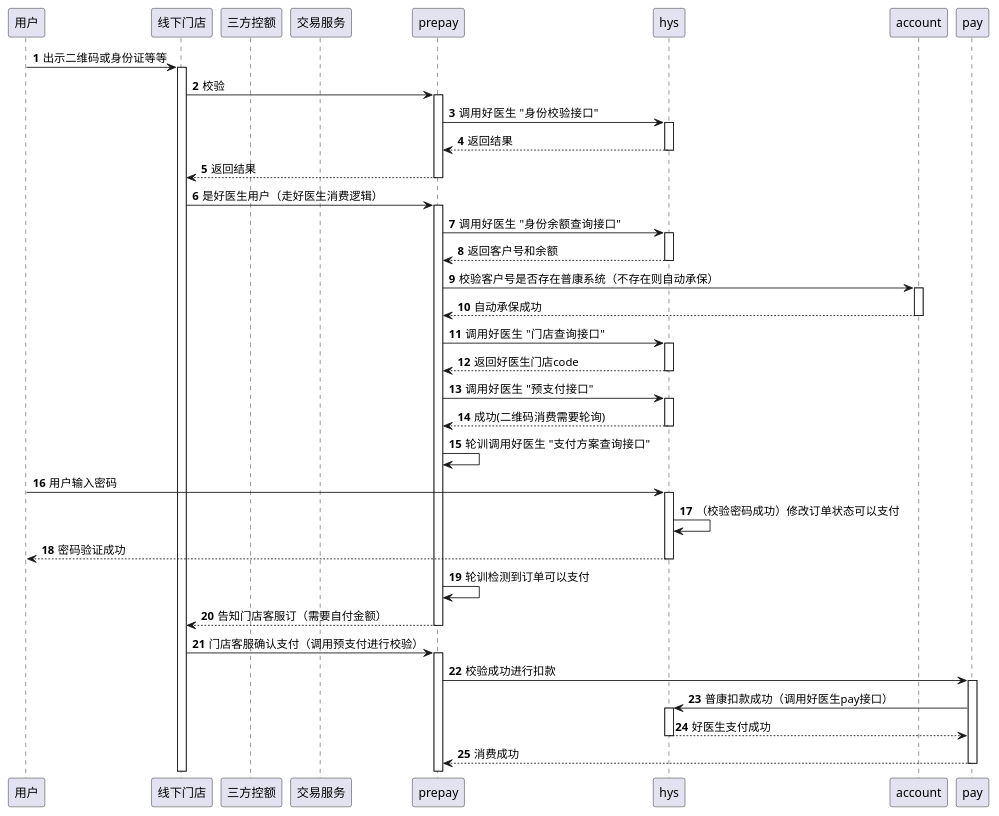
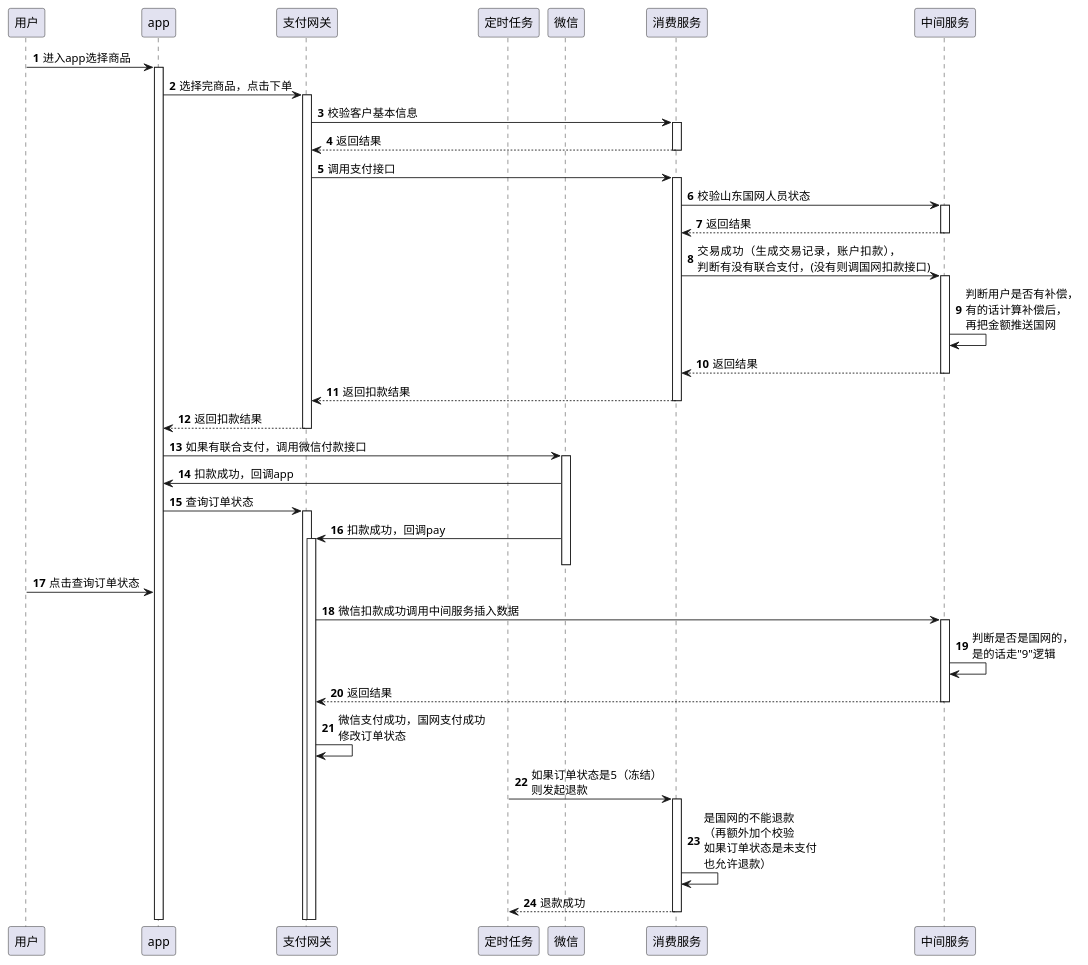
One commit to sylingzelie/world changed the diagram in src/main/java/com/sy/world/webpos.puml. Above: the diagram before and after it, drawn with PlantUML. The commit also changed 17 other files, not shown here.

```diff
--- a/src/main/java/com/sy/world/webpos.puml
+++ b/src/main/java/com/sy/world/webpos.puml
@@ -1,60 +1,63 @@
 @startuml
 'https://plantuml.com/sequence-diagram
 
 autonumber
 participant 用户 as user
-participant 线下门店 as webpos
-participant 三方控额 as thirdParty
-participant 交易服务 as core
+participant app as app
+participant 支付网关 as pay
+participant 定时任务 as timing
+participant 微信 as wx
+participant 消费服务 as core
+participant 中间服务 as custom
 
-user -> webpos : 出示二维码或身份证等等
 
-activate webpos
+user -> app : 进入app选择商品
+activate app
 
-webpos -> prepay : 校验
-activate prepay
+app -> pay : 选择完商品，点击下单
+activate pay
 
-prepay -> hys : 调用好医生  "身份校验接口"
-activate hys
+pay -> core : 校验客户基本信息
+activate core
 return 返回结果
+
+pay -> core : 调用支付接口
+activate core
+
+core -> custom : 校验山东国网人员状态
+activate custom
 return 返回结果
-webpos -> prepay : 是好医生用户（走好医生消费逻辑）
-activate prepay
 
-prepay -> hys : 调用好医生  "身份余额查询接口"
-activate hys
-return 返回客户号和余额
+core -> custom : 交易成功（生成交易记录，账户扣款），\n判断有没有联合支付，(没有则调国网扣款接口)
+activate custom
 
-prepay -> account : 校验客户号是否存在普康系统（不存在则自动承保）
-activate account
-return 自动承保成功
+custom -> custom : 判断用户是否有补偿，\n有的话计算补偿后，\n再把金额推送国网
+return 返回结果
+return 返回扣款结果
+return 返回扣款结果
 
-prepay -> hys : 调用好医生  "门店查询接口"
-activate hys
-return 返回好医生门店code
+app -> wx : 如果有联合支付，调用微信付款接口
+activate wx
 
-prepay -> hys : 调用好医生  "预支付接口"
-activate hys
-return 成功(二维码消费需要轮询)
+wx -> app : 扣款成功，回调app
+app -> pay : 查询订单状态
+activate pay
+wx -> pay : 扣款成功，回调pay
+activate pay
+deactivate wx
 
-prepay -> prepay : 轮训调用好医生  "支付方案查询接口"
+user -> app : 点击查询订单状态
+pay -> custom : 微信扣款成功调用中间服务插入数据
+activate custom
+custom -> custom : 判断是否是国网的，\n是的话走"9"逻辑
+return 返回结果
 
-user -> hys : 用户输入密码
-activate hys
+pay -> pay : 微信支付成功，国网支付成功\n修改订单状态
 
-hys -> hys : （校验密码成功）修改订单状态可以支付
-return 密码验证成功
+timing -> core : 如果订单状态是5（冻结）\n则发起退款
+activate core
 
-prepay -> prepay : 轮训检测到订单可以支付
+core -> core : 是国网的不能退款\n（再额外加个校验\n如果订单状态是未支付\n也允许退款）
+return 退款成功
 
-return 告知门店客服订（需要自付金额）
-
-webpos -> prepay : 门店客服确认支付（调用预支付进行校验）
-activate prepay
-prepay -> pay : 校验成功进行扣款
-activate pay
-pay -> hys : 普康扣款成功（调用好医生pay接口）
-activate hys
-return 好医生支付成功
-return 消费成功
 @enduml
```
